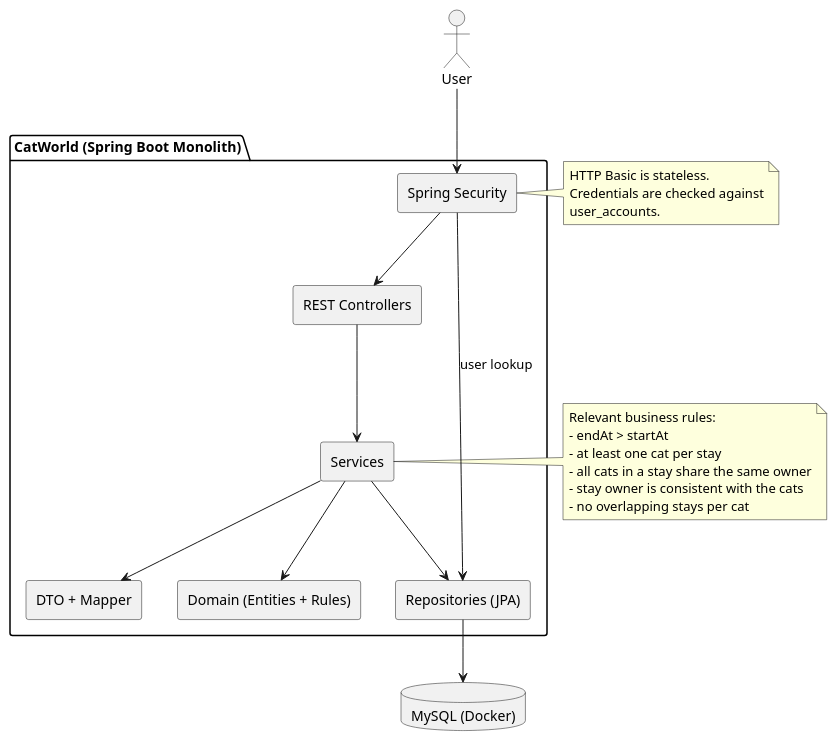
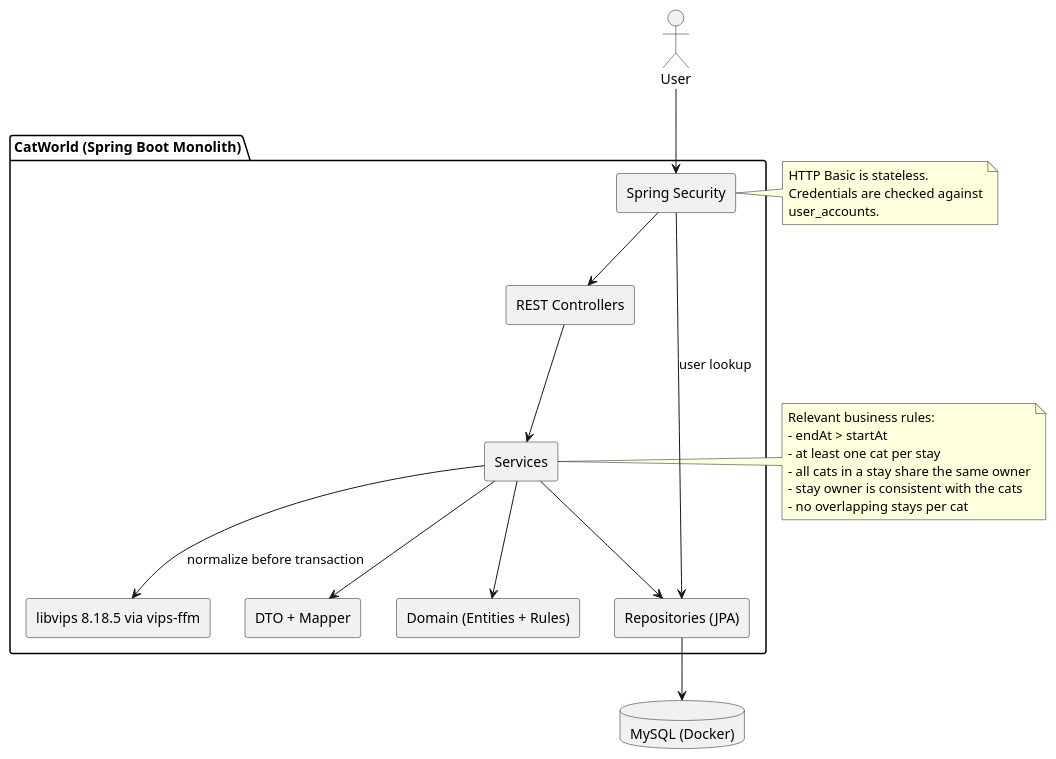
The diagram in docs/uml/03-components.puml (TheZenithPassage/catworld), drawn with PlantUML before and after one commit. The commit also changed 29 other files, not shown here.

```diff
--- a/docs/uml/03-components.puml
+++ b/docs/uml/03-components.puml
@@ -1,41 +1,43 @@
 @startuml
 skinparam componentStyle rectangle
 
 actor "User" as user
 
 package "CatWorld (Spring Boot Monolith)" {
   [Spring Security] as sec
   [REST Controllers] as c
   [DTO + Mapper] as m
   [Services] as s
   [Domain (Entities + Rules)] as d
   [Repositories (JPA)] as r
+  [libvips 8.18.5 via vips-ffm] as vips
 }
 
 database "MySQL (Docker)" as db
 
 user --> sec
 sec --> c
 sec --> r : user lookup
 c --> s
 s --> m
 s --> d
 s --> r
+s --> vips : normalize before transaction
 r --> db
 
 note right of s
 Relevant business rules:
 - endAt > startAt
 - at least one cat per stay
 - all cats in a stay share the same owner
 - stay owner is consistent with the cats
 - no overlapping stays per cat
 end note
 
 note left of sec
 HTTP Basic is stateless.
 Credentials are checked against
 user_accounts.
 end note
 
 @enduml
```
